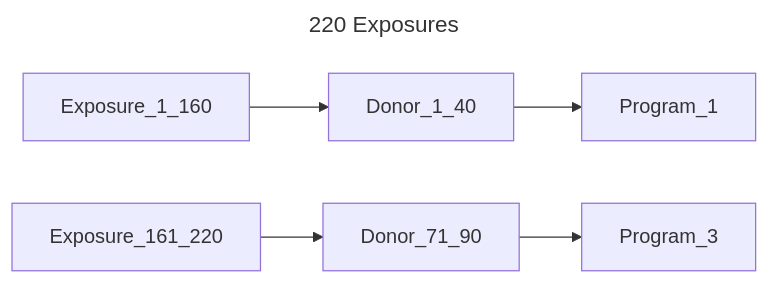
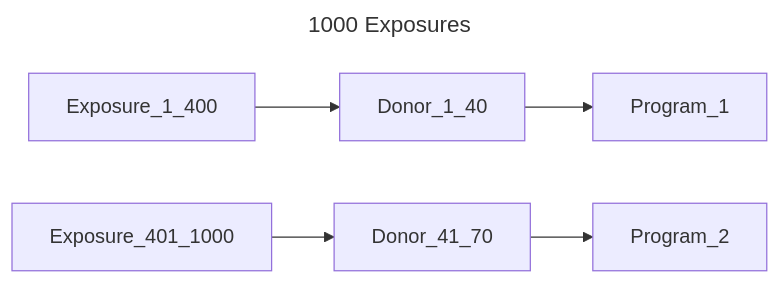
Diagram 14 of 14 in chord_metadata_service/mohpackets/data/medium_dataset/README.md (bento-platform/katsu), drawn with Mermaid before and after one commit. The commit also changed other lines of this file, not shown here.

````diff
--- a/chord_metadata_service/mohpackets/data/medium_dataset/README.md
+++ b/chord_metadata_service/mohpackets/data/medium_dataset/README.md
@@ -164,8 +168,8 @@
 ```mermaid
 ---
-title: 220 Exposures
+title: 1000 Exposures
 ---
 graph LR;  
-  Exposure_1_160 --> Donor_1_40 --> Program_1;
-  Exposure_161_220 --> Donor_71_90 --> Program_3;
+  Exposure_1_400 --> Donor_1_40 --> Program_1;
+  Exposure_401_1000 --> Donor_41_70 --> Program_2; 
 ```
````
